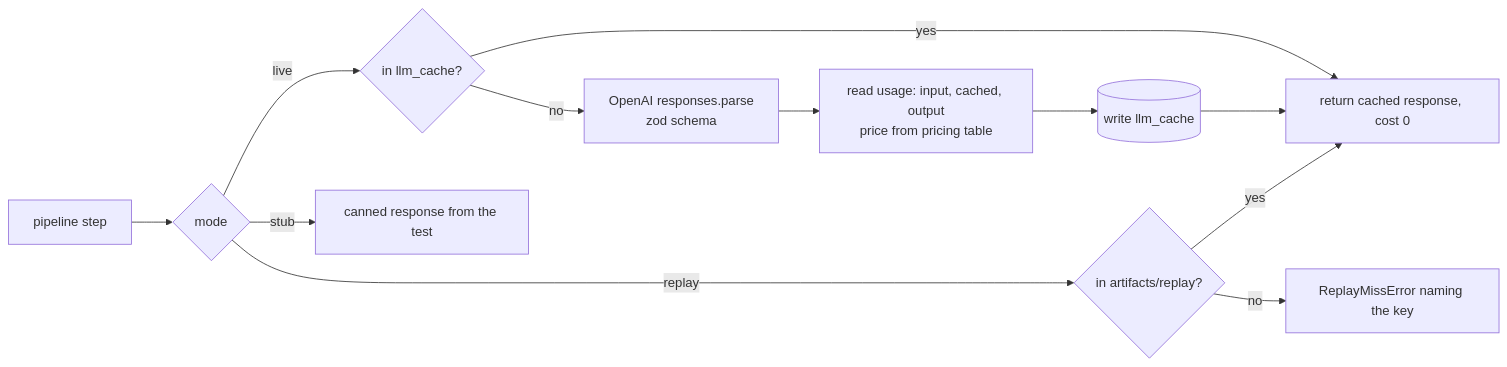
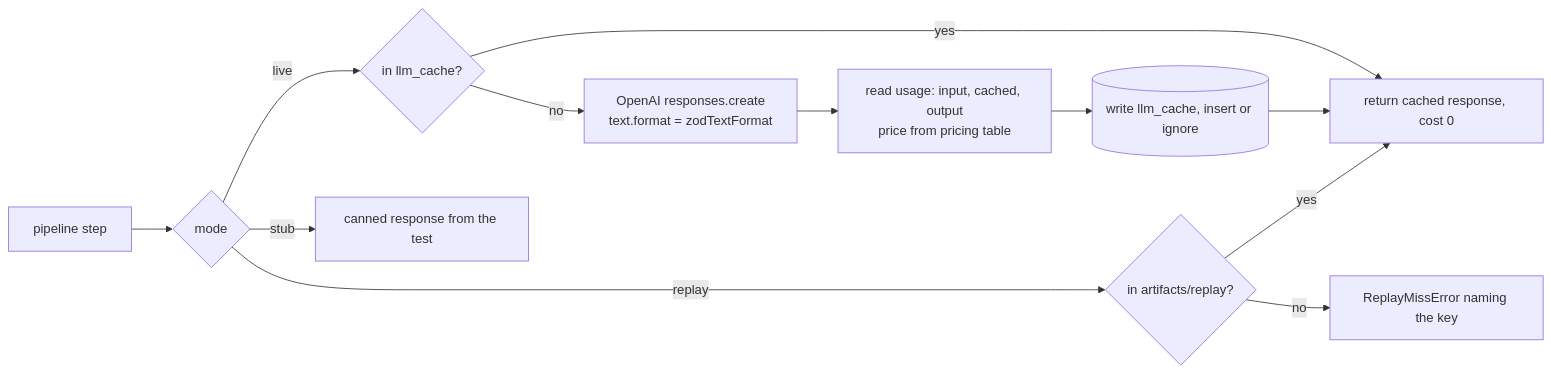
Before and after one commit to nitin-1926/keychain-category-tagging: the fourth of 5 diagrams in ARCHITECTURE.md, drawn with Mermaid. The commit also changed other lines of this file and 2 other files, not shown here.

````diff
--- a/ARCHITECTURE.md
+++ b/ARCHITECTURE.md
@@ -237,11 +240,11 @@
 ```mermaid
 flowchart LR
   P[pipeline step] --> C{mode}
   C -- live --> K{in llm_cache?}
   K -- yes --> R[return cached response, cost 0]
-  K -- no --> O[OpenAI responses.parse<br/>zod schema] --> U[read usage: input, cached, output<br/>price from pricing table] --> W[(write llm_cache)] --> R
+  K -- no --> O[OpenAI responses.create<br/>text.format = zodTextFormat] --> U[read usage: input, cached, output<br/>price from pricing table] --> W[(write llm_cache, insert or ignore)] --> R
   C -- replay --> F{in artifacts/replay?}
   F -- yes --> R
   F -- no --> X[ReplayMissError naming the key]
   C -- stub --> S[canned response from the test]
 ```
````
